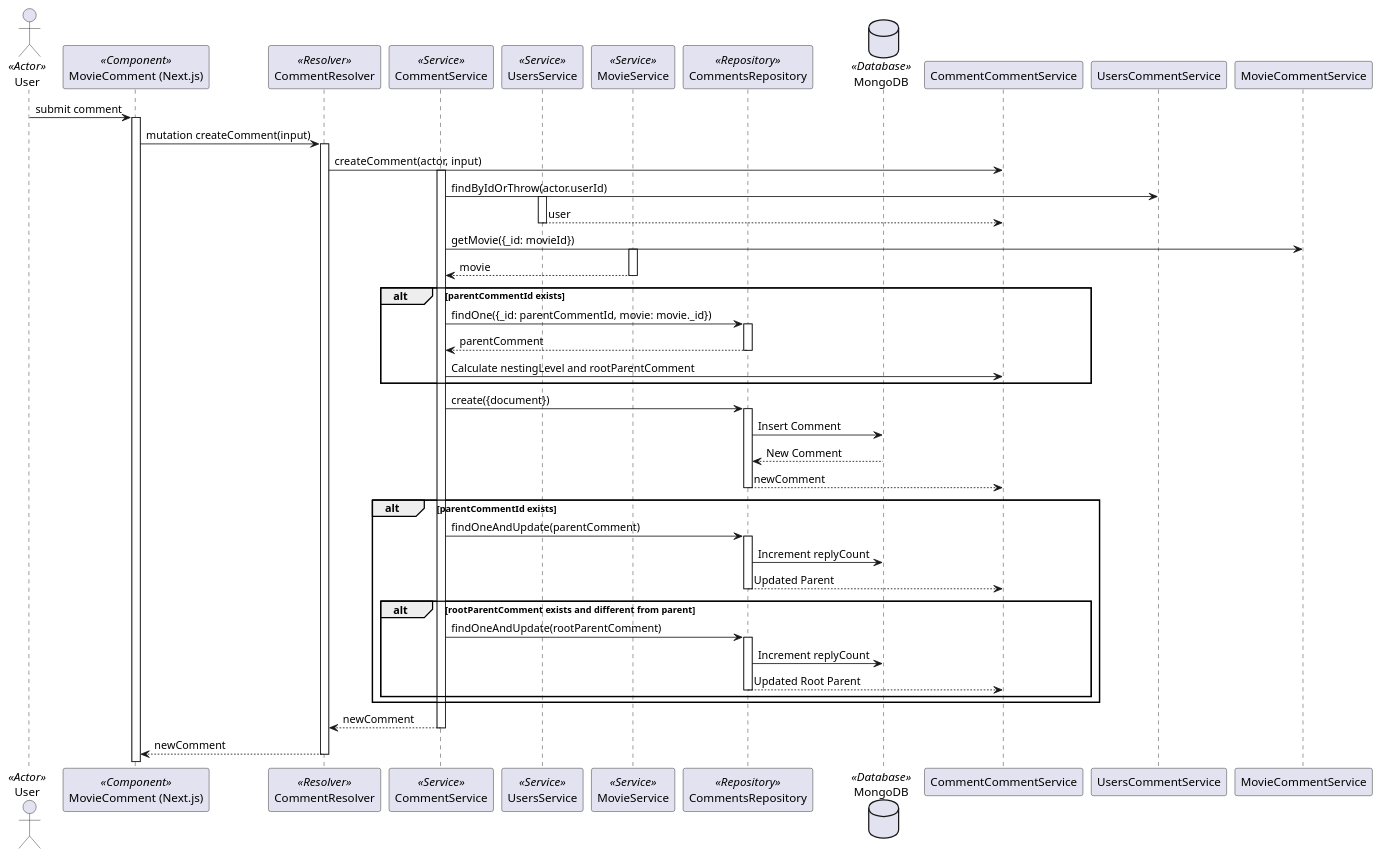
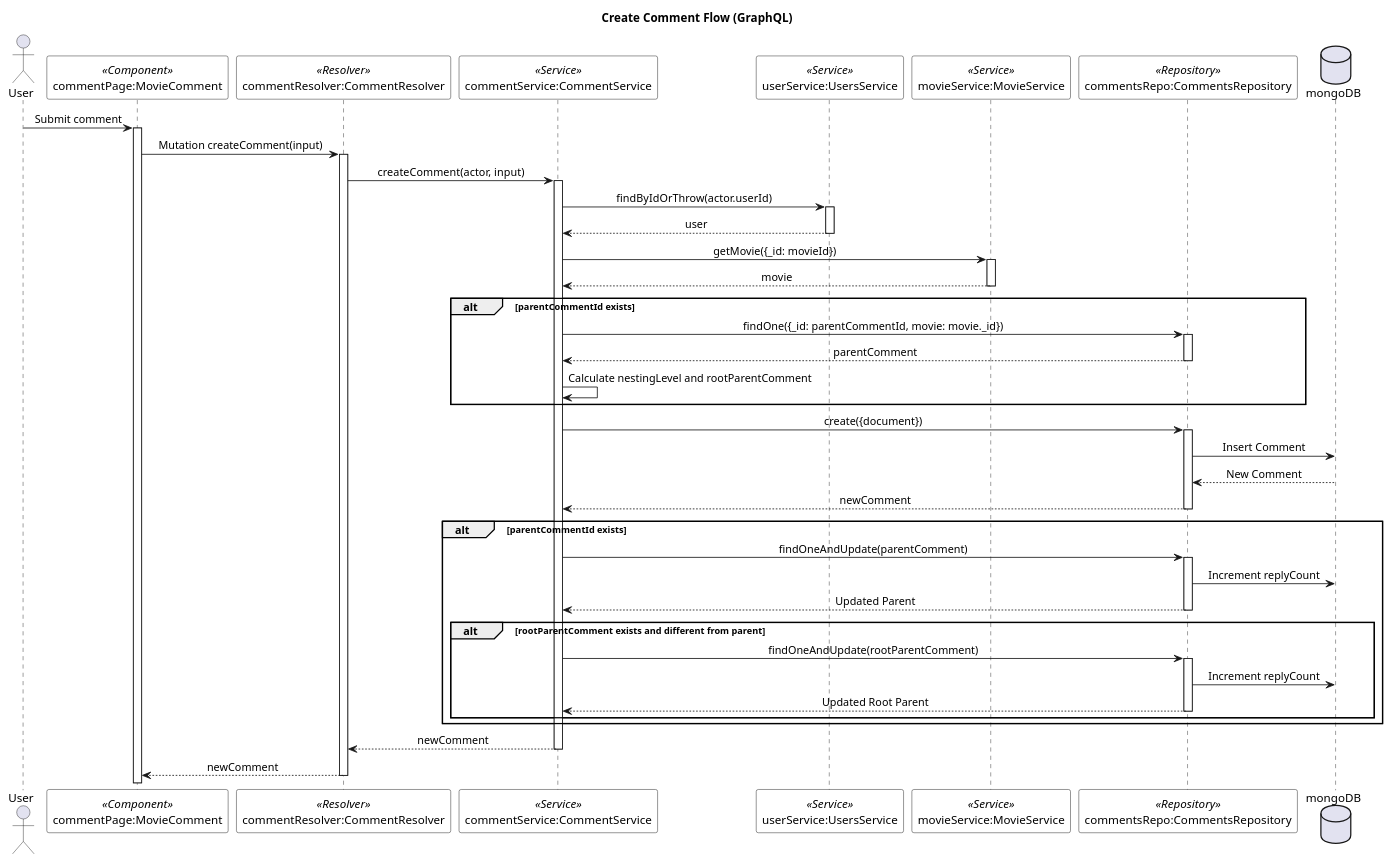
The diagram in documents/diagram/sequences/comments/create-comment.puml (lehuygiang28/vphim), drawn with PlantUML before and after one commit. The commit also changed 4 other files, not shown here.

First line of the commit message:
refactor(diagrams/sequences/comments): 🛠️ update comment flow diagrams

```diff
--- a/documents/diagram/sequences/comments/create-comment.puml
+++ b/documents/diagram/sequences/comments/create-comment.puml
@@ -1,58 +1,68 @@
 @startuml Create Comment Flow
 
-actor User <<Actor>>
-participant "MovieComment (Next.js)" as MovieComment <<Component>>
-participant "CommentResolver" as Resolver <<Resolver>>
-participant "CommentService" as CommentService <<Service>>
-participant "UsersService" as UsersService <<Service>>
-participant "MovieService" as MovieService <<Service>>
-participant "CommentsRepository" as CommentsRepository <<Repository>>
-database "MongoDB" as DB <<Database>>
+skinparam SequenceMessageAlignment center
+skinparam SequenceBoxBackgroundColor white
+skinparam SequenceBoxBorderColor black
+skinparam NoteBackgroundColor lightyellow
+skinparam NoteBorderColor black
+skinparam ParticipantBackgroundColor white
+skinparam ParticipantBorderColor black
 
-User -> MovieComment: submit comment
-activate MovieComment
-MovieComment -> Resolver: mutation createComment(input)
-activate Resolver
-Resolver -> CommentCommentService: createComment(actor, input)
-activate CommentService
-CommentService -> UsersCommentService: findByIdOrThrow(actor.userId)
-activate UsersService
-UsersService --> CommentCommentService: user
-deactivate UsersService
-CommentService -> MovieCommentService: getMovie({_id: movieId})
-activate MovieService
-MovieService --> CommentService: movie
-deactivate MovieService
+title Create Comment Flow (GraphQL)
+
+actor "User" as user
+participant "commentPage:MovieComment" as commentPage <<Component>>
+participant "commentResolver:CommentResolver" as commentResolver <<Resolver>>
+participant "commentService:CommentService" as commentService <<Service>>
+participant "userService:UsersService" as userService <<Service>>
+participant "movieService:MovieService" as movieService <<Service>>
+participant "commentsRepo:CommentsRepository" as commentsRepo <<Repository>>
+database "mongoDB" as mongoDB
+
+user -> commentPage: Submit comment
+activate commentPage
+commentPage -> commentResolver: Mutation createComment(input)
+activate commentResolver
+commentResolver -> commentService: createComment(actor, input)
+activate commentService
+commentService -> userService: findByIdOrThrow(actor.userId)
+activate userService
+userService --> commentService: user
+deactivate userService
+commentService -> movieService: getMovie({_id: movieId})
+activate movieService
+movieService --> commentService: movie
+deactivate movieService
 alt parentCommentId exists
-    CommentService -> CommentsRepository: findOne({_id: parentCommentId, movie: movie._id})
-    activate CommentsRepository
-    CommentsRepository --> CommentService: parentComment
-    deactivate CommentsRepository
-    CommentService -> CommentCommentService: Calculate nestingLevel and rootParentComment
+    commentService -> commentsRepo: findOne({_id: parentCommentId, movie: movie._id})
+    activate commentsRepo
+    commentsRepo --> commentService: parentComment
+    deactivate commentsRepo
+    commentService -> commentService: Calculate nestingLevel and rootParentComment
 end
-CommentService -> CommentsRepository: create({document})
-activate CommentsRepository
-CommentsRepository -> DB: Insert Comment
-DB --> CommentsRepository: New Comment
-CommentsRepository --> CommentCommentService: newComment
-deactivate CommentsRepository
+commentService -> commentsRepo: create({document})
+activate commentsRepo
+commentsRepo -> mongoDB: Insert Comment
+mongoDB --> commentsRepo: New Comment
+commentsRepo --> commentService: newComment
+deactivate commentsRepo
 alt parentCommentId exists
-    CommentService -> CommentsRepository: findOneAndUpdate(parentComment)
-    activate CommentsRepository
-    CommentsRepository -> DB: Increment replyCount
-    CommentsRepository --> CommentCommentService: Updated Parent
-    deactivate CommentsRepository
+    commentService -> commentsRepo: findOneAndUpdate(parentComment)
+    activate commentsRepo
+    commentsRepo -> mongoDB: Increment replyCount
+    commentsRepo --> commentService: Updated Parent
+    deactivate commentsRepo
     alt rootParentComment exists and different from parent
-        CommentService -> CommentsRepository: findOneAndUpdate(rootParentComment)
-        activate CommentsRepository
-        CommentsRepository -> DB: Increment replyCount
-        CommentsRepository --> CommentCommentService: Updated Root Parent
-        deactivate CommentsRepository
+        commentService -> commentsRepo: findOneAndUpdate(rootParentComment)
+        activate commentsRepo
+        commentsRepo -> mongoDB: Increment replyCount
+        commentsRepo --> commentService: Updated Root Parent
+        deactivate commentsRepo
     end
 end
-CommentService --> Resolver: newComment
-deactivate CommentService
-Resolver --> MovieComment: newComment
-deactivate Resolver
+commentService --> commentResolver: newComment
+deactivate commentService
+commentResolver --> commentPage: newComment
+deactivate commentResolver
 
 @enduml
```
